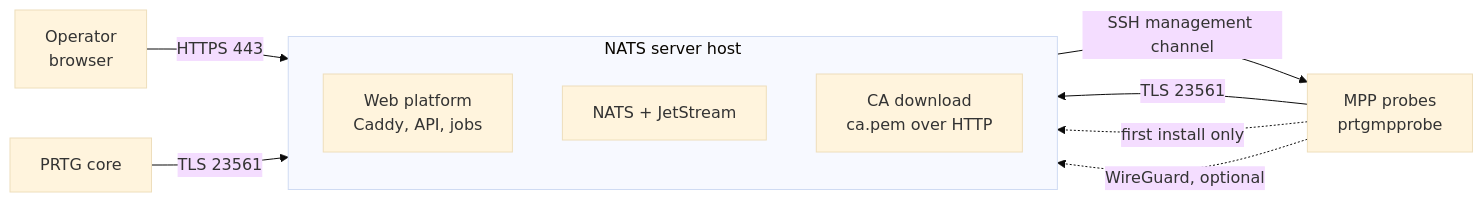
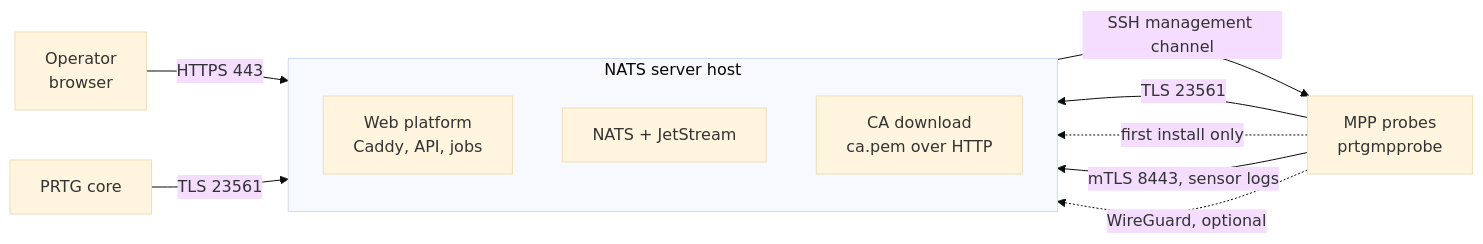
The first of 2 diagrams in docs/architecture/overview.md (skiweg1985/prtg-nats), drawn with Mermaid (base theme) before and after one commit. The commit also changed other lines of this file and 10 other files, not shown here.

````diff
--- a/docs/architecture/overview.md
+++ b/docs/architecture/overview.md
@@ -21,15 +22,16 @@
 ```mermaid
 flowchart LR
     subgraph Host["NATS server host"]
         direction TB
         Web["Web platform<br>Caddy, API, jobs"]
         NATS["NATS + JetStream"]
         CA["CA download<br>ca.pem over HTTP"]
     end
     Browser["Operator<br>browser"] -->|"HTTPS 443"| Web
     Core["PRTG core"] -->|"TLS 23561"| NATS
     MPP["MPP probes<br>prtgmpprobe"] -->|"TLS 23561"| NATS
     MPP -.->|"first install only"| CA
     Web -->|"SSH management channel"| MPP
+    MPP -->|"mTLS 8443, sensor logs"| Web
     MPP -.->|"WireGuard, optional"| Host
 ```
````
